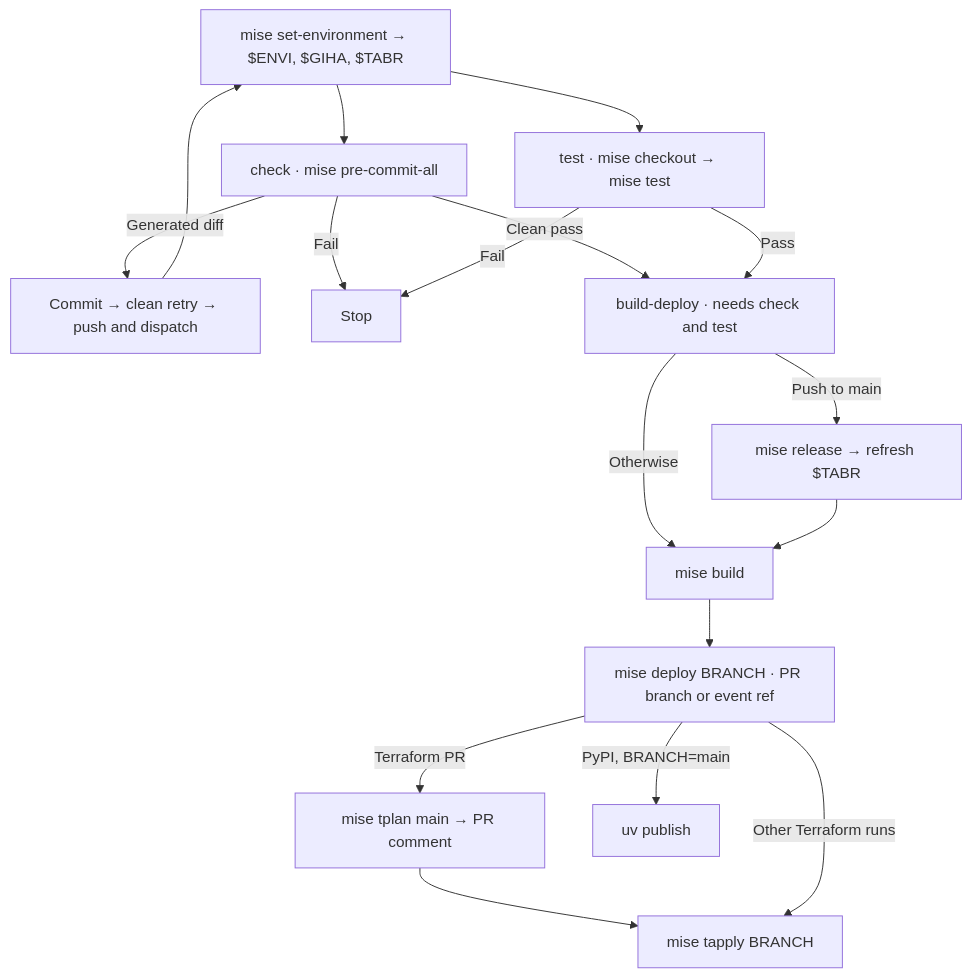
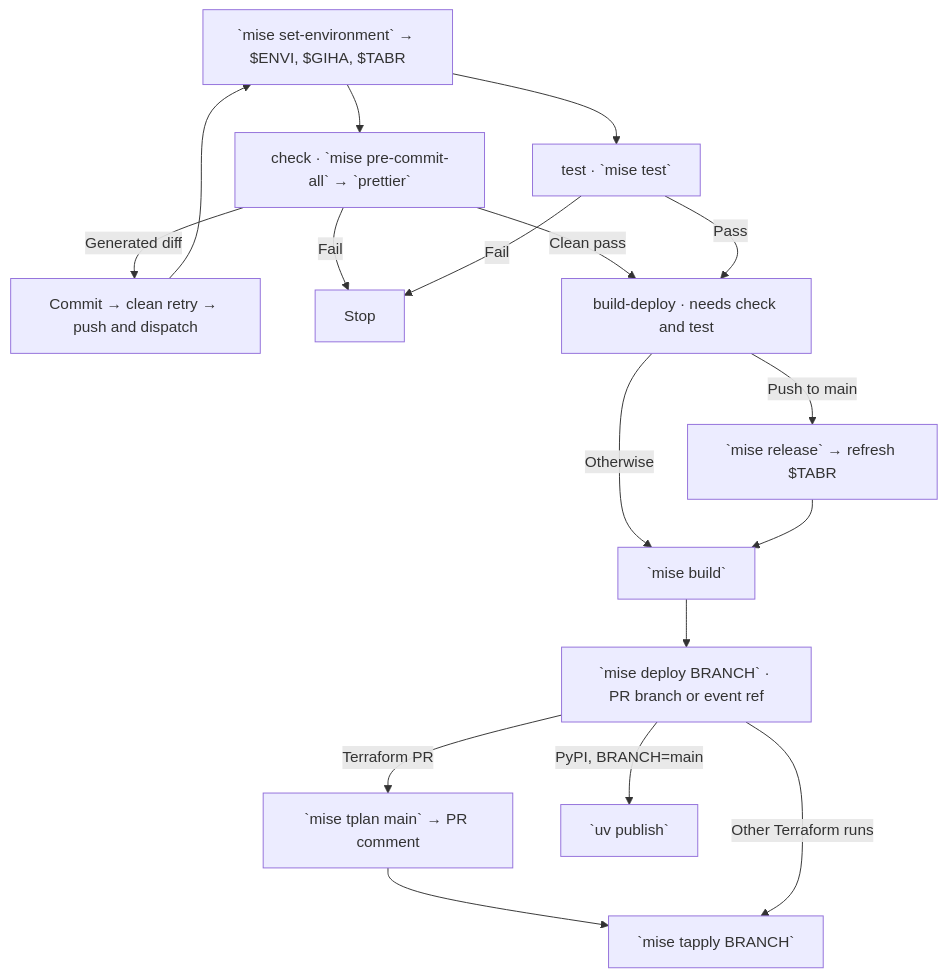
The diagram in README.md (biobuddies/measles), drawn with Mermaid before and after one commit. The commit also changed other lines of this file, not shown here.

Commit message:
Format commands in the workflow diagram

````diff
--- a/README.md
+++ b/README.md
@@ -78,19 +78,19 @@
 ```mermaid
 flowchart TD
-    Context["mise set-environment → $ENVI, $GIHA, $TABR"] --> Check["check · mise pre-commit-all"]
-    Context --> Test["test · mise checkout → mise test"]
+    Context[" `mise set-environment` → $ENVI, $GIHA, $TABR"] --> Check["check · `mise pre-commit-all` → `prettier`"]
+    Context --> Test["test · `mise test`"]
     Check -- "Generated diff" --> Retry["Commit → clean retry → push and dispatch"]
     Retry --> Context
     Check -- Fail --> Stop["Stop"]
     Test -- Fail --> Stop
     Check -- "Clean pass" --> BuildDeploy["build-deploy · needs check and test"]
     Test -- Pass --> BuildDeploy
-    BuildDeploy -- "Push to main" --> Release["mise release → refresh $TABR"]
-    BuildDeploy -- Otherwise --> Build["mise build"]
+    BuildDeploy -- "Push to main" --> Release[" `mise release` → refresh $TABR"]
+    BuildDeploy -- Otherwise --> Build[" `mise build`"]
     Release --> Build
-    Build --> Deploy["mise deploy BRANCH · PR branch or event ref"]
-    Deploy -- "Terraform PR" --> Plan["mise tplan main → PR comment"]
-    Plan --> Apply["mise tapply BRANCH"]
+    Build --> Deploy[" `mise deploy BRANCH` · PR branch or event ref"]
+    Deploy -- "Terraform PR" --> Plan[" `mise tplan main` → PR comment"]
+    Plan --> Apply[" `mise tapply BRANCH`"]
     Deploy -- "Other Terraform runs" --> Apply
-    Deploy -- "PyPI, BRANCH=main" --> Publish["uv publish"]
+    Deploy -- "PyPI, BRANCH=main" --> Publish[" `uv publish`"]
 ```
````
